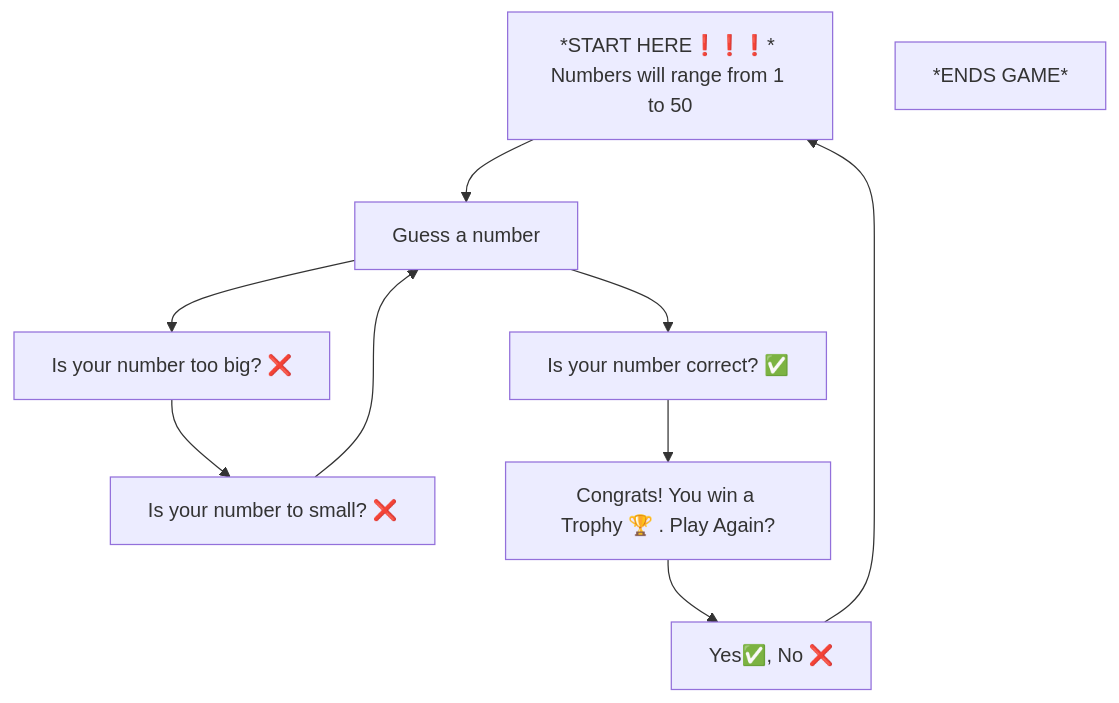
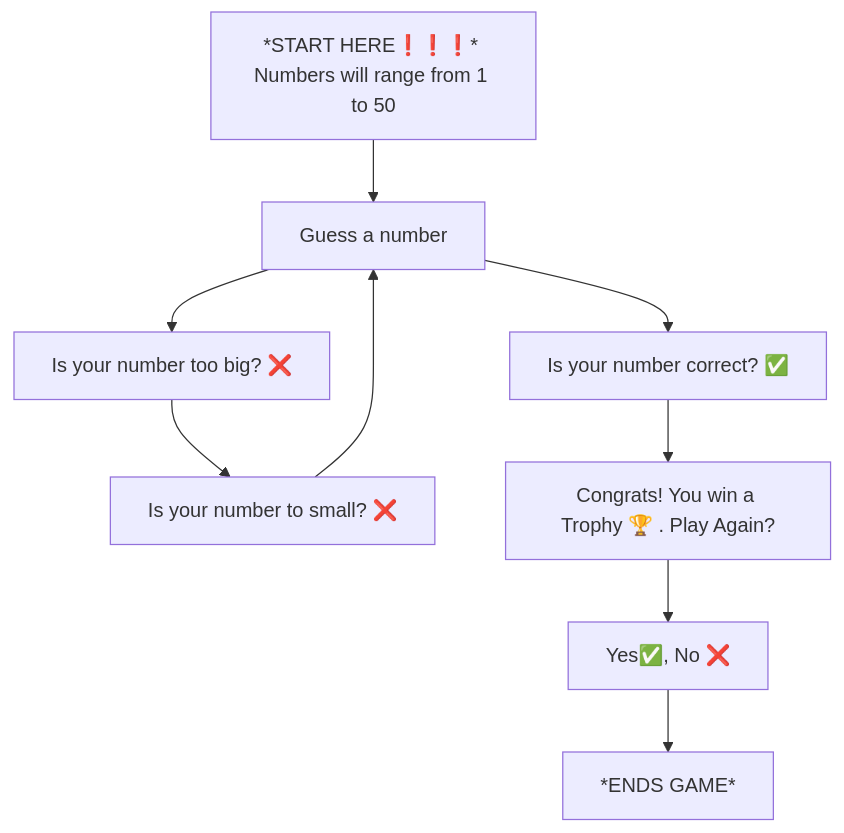
Before and after one commit to schope26/schope26.github.io: the diagram in README.md, drawn with Mermaid.

````diff
--- a/README.md
+++ b/README.md
@@ -22,12 +22,12 @@
 ```mermaid
 flowchart TD
     A[*START HERE❗❗❗* Numbers will range from 1 to 50] 
     --> B[Guess a number]
     --> C[Is your number too big? ❌]
     --> D[Is your number to small? ❌]
     --> B
     --> E[Is your number correct? ✅]
     --> F[ Congrats! You win a Trophy 🏆 . Play Again?]
     --> G[Yes✅, No ❌]
-    --> A; H[*ENDS GAME*]
+    --> A+H[*ENDS GAME*]
 ```
````
